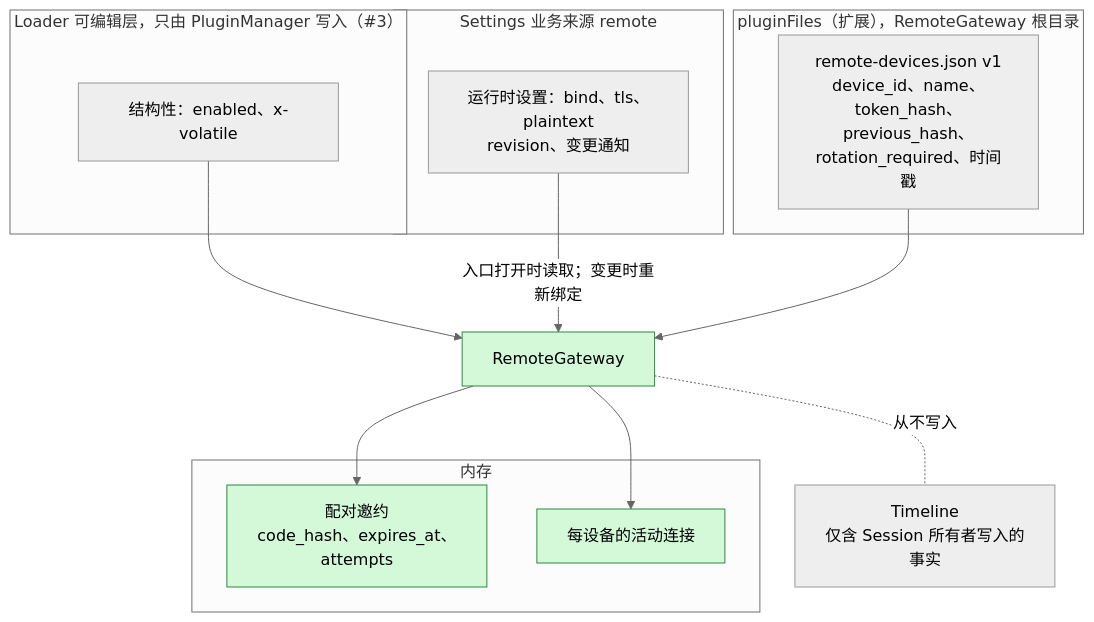
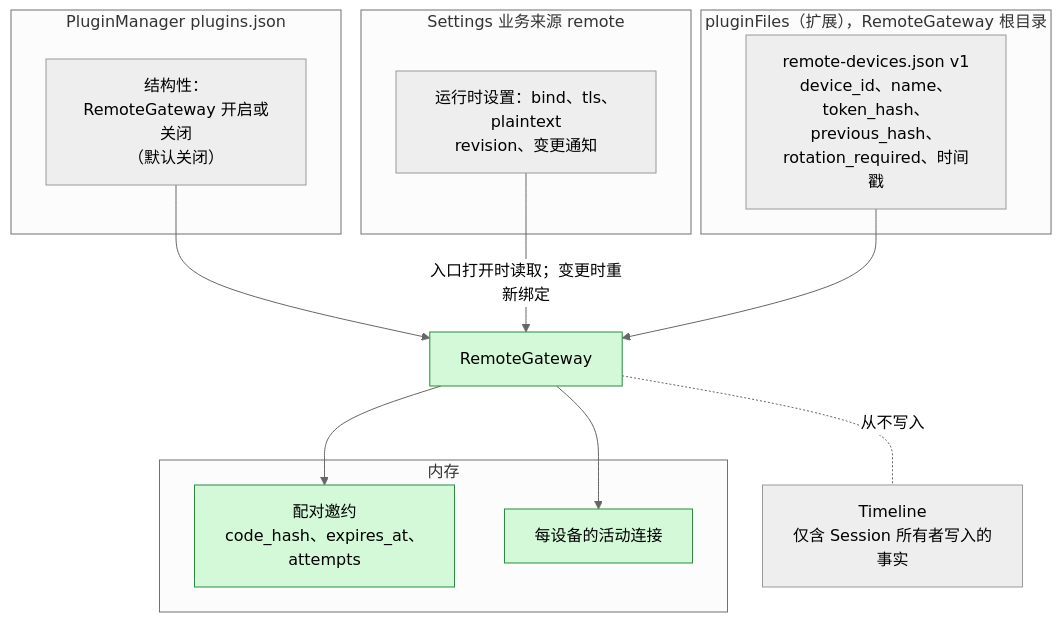
One commit to CoutinhoTTS/dim-agent changed the second of 6 diagrams in docs/zh/design/plugins/RemoteGateway.md. Above: the diagram before and after it, drawn with Mermaid (neutral theme). The commit also changed other lines of this file and 8 other files, not shown here.

First line of the commit message:
docs(plugins): turn RemoteGateway on and off as a plugin

````diff
--- a/docs/zh/design/plugins/RemoteGateway.md
+++ b/docs/zh/design/plugins/RemoteGateway.md
@@ -49,24 +49,24 @@
 ```mermaid
 flowchart TB
-  subgraph LEL["Loader 可编辑层，只由 PluginManager 写入（#3）"]
-    CFG["结构性：enabled、x-volatile"]
+  subgraph LEL["PluginManager plugins.json"]
+    CFG["结构性：RemoteGateway 开启或关闭<br/>（默认关闭）"]
   end
   subgraph BS["Settings 业务来源 remote"]
     RS["运行时设置：bind、tls、plaintext<br/>revision、变更通知"]
   end
   subgraph PS["pluginFiles（扩展），RemoteGateway 根目录"]
     DEVS["remote-devices.json v1<br/>device_id、name、token_hash、<br/>previous_hash、rotation_required、时间戳"]
   end
   subgraph MEM["内存"]
     OFF["配对邀约<br/>code_hash、expires_at、attempts"]:::new
     LIVE["每设备的活动连接"]:::new
   end
   TL["Timeline<br/>仅含 Session 所有者写入的事实"]
   CFG --> RG["RemoteGateway"]:::new
   RS -->|"入口打开时读取；变更时重新绑定"| RG
   DEVS --> RG
   RG --> OFF
   RG --> LIVE
   RG -.-|"从不写入"| TL
   classDef new fill:#d3f9d8,stroke:#2b8a3e,color:#000
 ```
````
